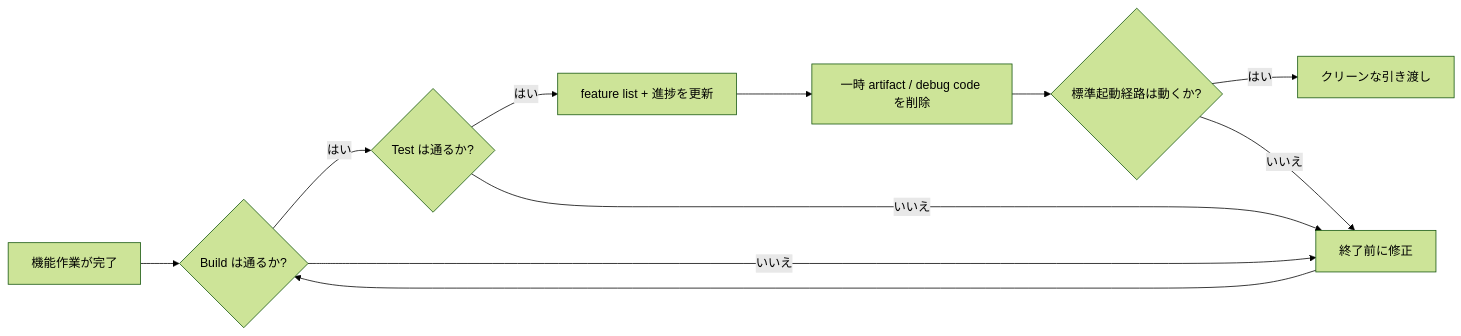
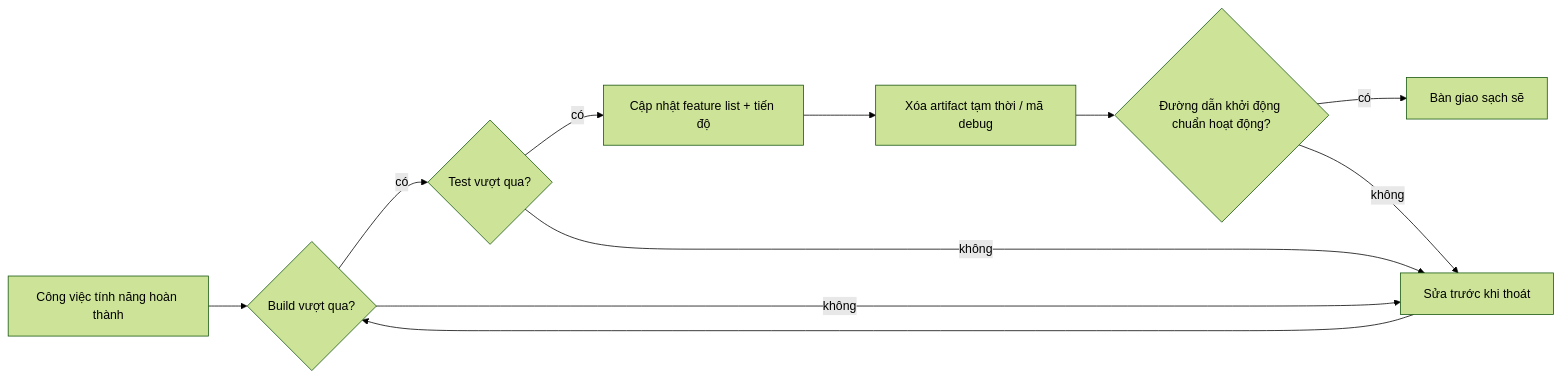
One commit to mkusaka/learn-harness-engineering changed the first of 2 diagrams in docs/vi/lectures/lecture-12-why-every-session-must-leave-a-clean-state/index.md. Above: the diagram before and after it, drawn with Mermaid (forest theme). The commit also changed other lines of this file and 684 other files, not shown here.

````diff
--- a/docs/vi/lectures/lecture-12-why-every-session-must-leave-a-clean-state/index.md
+++ b/docs/vi/lectures/lecture-12-why-every-session-must-leave-a-clean-state/index.md
@@ -25,13 +25,13 @@
 ```mermaid
 flowchart LR
-    Work["機能作業が完了"] --> Build{"Build は通るか?"}
-    Build -->|はい| Test{"Test は通るか?"}
-    Build -->|いいえ| Fix["終了前に修正"]
-    Test -->|はい| Record["feature list + 進捗を更新"]
-    Test -->|いいえ| Fix
-    Record --> Cleanup["一時 artifact / debug code を削除"]
-    Cleanup --> Startup{"標準起動経路は動くか?"}
-    Startup -->|はい| Clean["クリーンな引き渡し"]
-    Startup -->|いいえ| Fix
+    Work["Công việc tính năng hoàn thành"] --> Build{"Build vượt qua?"}
+    Build -->|có| Test{"Test vượt qua?"}
+    Build -->|không| Fix["Sửa trước khi thoát"]
+    Test -->|có| Record["Cập nhật feature list + tiến độ"]
+    Test -->|không| Fix
+    Record --> Cleanup["Xóa artifact tạm thời / mã debug"]
+    Cleanup --> Startup{"Đường dẫn khởi động chuẩn hoạt động?"}
+    Startup -->|có| Clean["Bàn giao sạch sẽ"]
+    Startup -->|không| Fix
     Fix --> Build
 ```
````
